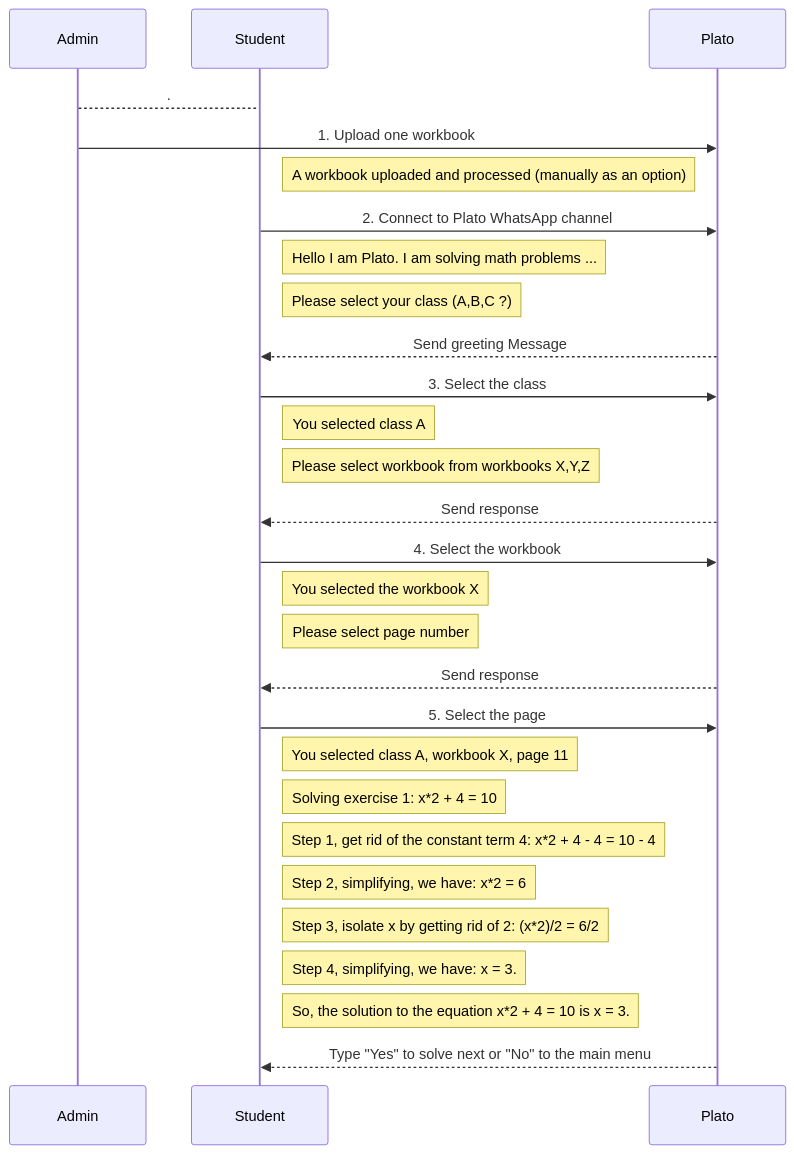
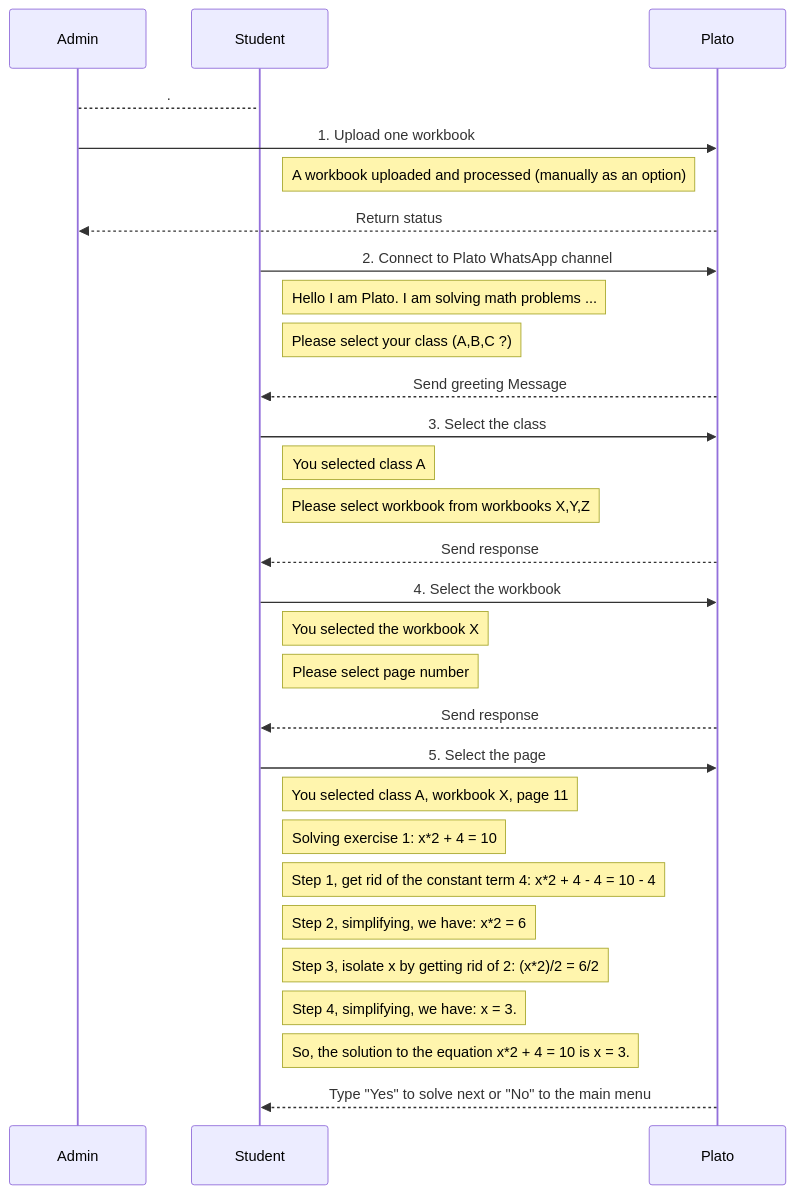
Before and after one commit to dimastatz/plato: the third of 4 diagrams in docs/design.md, drawn with Mermaid.

Commit message:
add return status

````diff
--- a/docs/design.md
+++ b/docs/design.md
@@ -96,32 +96,33 @@
 ```mermaid
 sequenceDiagram
 Admin-->Student: .
 
 Admin->>Plato: 1. Upload one workbook
 Note left of Plato: A workbook uploaded and processed (manually as an option)
+Plato-->>Admin: Return status
 
 Student->>Plato: 2. Connect to Plato WhatsApp channel
 Note right of Student: Hello I am Plato. I am solving math problems ...
 Note right of Student: Please select your class (A,B,C ?)
 Plato-->>Student: Send greeting Message 
 
 Student->>Plato: 3. Select the class
 Note right of Student: You selected class A
 Note right of Student: Please select workbook from workbooks X,Y,Z
 Plato-->>Student: Send response 
 
 Student->>Plato: 4. Select the workbook
 Note right of Student: You selected the workbook X
 Note right of Student: Please select page number
 Plato-->>Student: Send response 
 
 Student->>Plato: 5. Select the page
 Note right of Student: You selected class A, workbook X, page 11
 Note right of Student: Solving exercise 1: x*2 + 4 = 10
 Note right of Student: Step 1, get rid of the constant term 4: x*2 + 4 - 4 = 10 - 4
 Note right of Student: Step 2, simplifying, we have: x*2 = 6
 Note right of Student: Step 3, isolate x by getting rid of 2: (x*2)/2 = 6/2
 Note right of Student: Step 4, simplifying, we have: x = 3.
 Note right of Student: So, the solution to the equation x*2 + 4 = 10 is x = 3.
 Plato-->>Student: Type "Yes" to solve next or "No" to the main menu 
 ```
````
